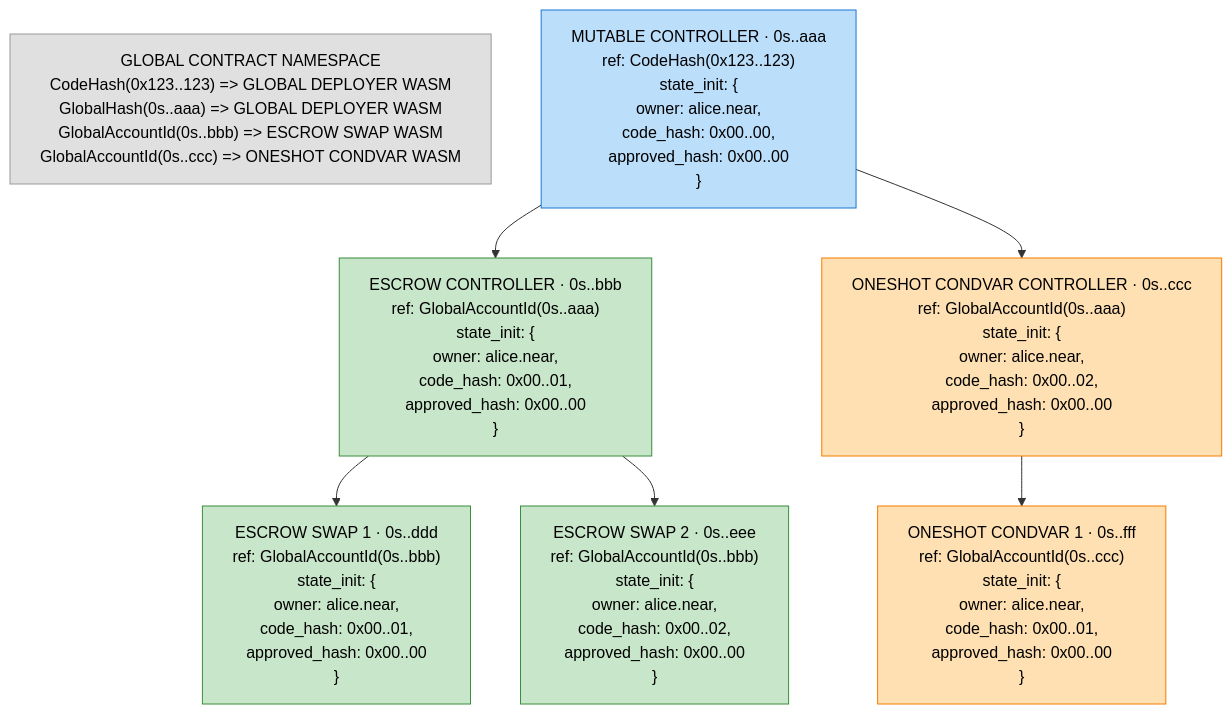
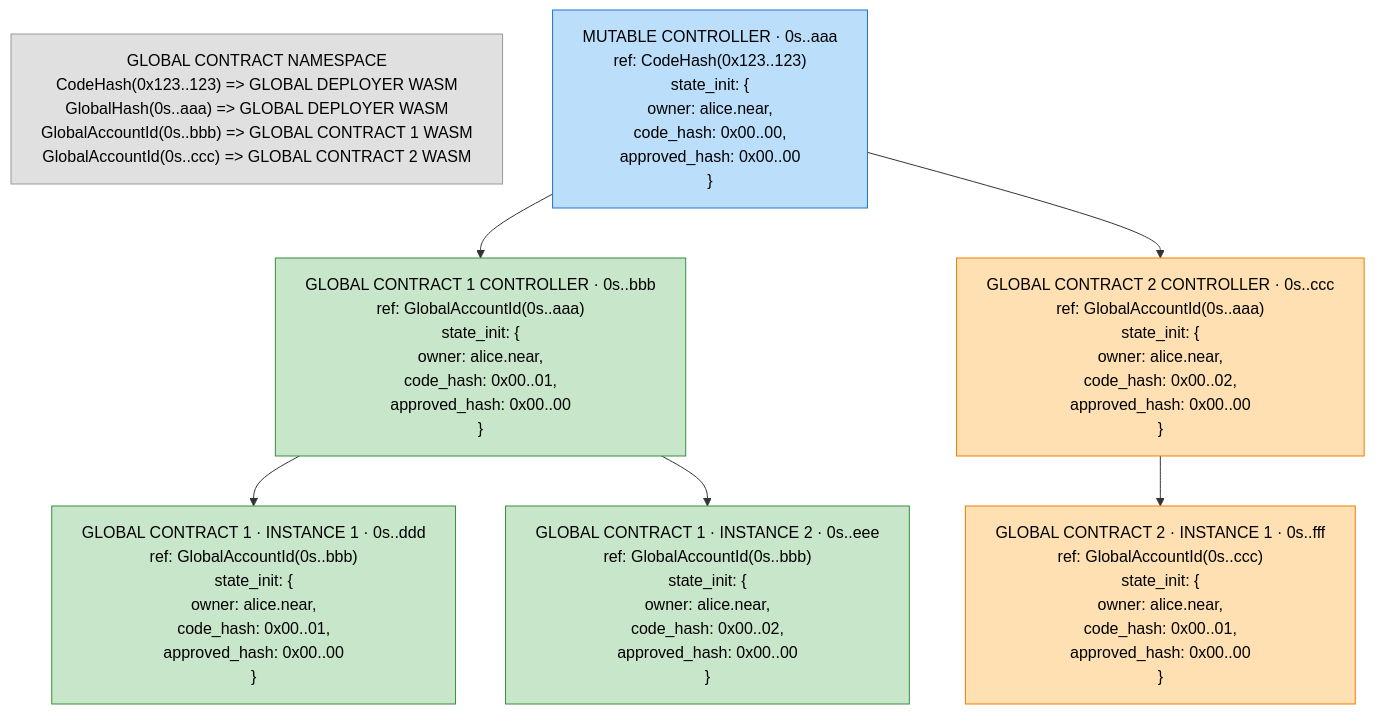
The third of 3 diagrams in global-deployer/README.md (near/intents), drawn with Mermaid before and after one commit. The commit also changed other lines of this file, not shown here.

````diff
--- a/global-deployer/README.md
+++ b/global-deployer/README.md
@@ -135,25 +137,25 @@
 ```mermaid
 %%{init: {"flowchart": {"wrappingWidth": 600}}}%%
 flowchart TD
-    GD["GLOBAL CONTRACT NAMESPACE<br/>CodeHash(0x123..123) => GLOBAL DEPLOYER WASM<br/>GlobalHash(0s..aaa) => GLOBAL DEPLOYER WASM<br/>GlobalAccountId(0s..bbb) => ESCROW SWAP WASM<br/>GlobalAccountId(0s..ccc) => ONESHOT CONDVAR WASM"]
+    GD["GLOBAL CONTRACT NAMESPACE<br/>CodeHash(0x123..123) => GLOBAL DEPLOYER WASM<br/>GlobalHash(0s..aaa) => GLOBAL DEPLOYER WASM<br/>GlobalAccountId(0s..bbb) => GLOBAL CONTRACT 1 WASM<br/>GlobalAccountId(0s..ccc) => GLOBAL CONTRACT 2 WASM"]
 
     C["MUTABLE CONTROLLER · 0s..aaa<br/>ref: CodeHash(0x123..123)<br/>state_init: {<br/>  owner: alice.near,<br/>  code_hash: 0x00..00,<br/>  approved_hash: 0x00..00<br/>}"]
 
-    C --> EC["ESCROW CONTROLLER · 0s..bbb<br/>ref: GlobalAccountId(0s..aaa)<br/>state_init: {<br/>  owner: alice.near,<br/>  code_hash: 0x00..01,<br/>  approved_hash: 0x00..00<br/>}"]
+    C --> GC1C["GLOBAL CONTRACT 1 CONTROLLER · 0s..bbb<br/>ref: GlobalAccountId(0s..aaa)<br/>state_init: {<br/>  owner: alice.near,<br/>  code_hash: 0x00..01,<br/>  approved_hash: 0x00..00<br/>}"]
 
-    C --> MTC["ONESHOT CONDVAR CONTROLLER · 0s..ccc<br/>ref: GlobalAccountId(0s..aaa)<br/>state_init: {<br/>  owner: alice.near,<br/>  code_hash: 0x00..02,<br/>  approved_hash: 0x00..00<br/>}"]
+    C --> GC2C["GLOBAL CONTRACT 2 CONTROLLER · 0s..ccc<br/>ref: GlobalAccountId(0s..aaa)<br/>state_init: {<br/>  owner: alice.near,<br/>  code_hash: 0x00..02,<br/>  approved_hash: 0x00..00<br/>}"]
 
-    EC --> ES1["ESCROW SWAP 1 · 0s..ddd<br/>ref: GlobalAccountId(0s..bbb)<br/>state_init: {<br/>  owner: alice.near,<br/>  code_hash: 0x00..01,<br/>  approved_hash: 0x00..00<br/>}"]
+    GC1C --> GC1I1["GLOBAL CONTRACT 1 · INSTANCE 1 · 0s..ddd<br/>ref: GlobalAccountId(0s..bbb)<br/>state_init: {<br/>  owner: alice.near,<br/>  code_hash: 0x00..01,<br/>  approved_hash: 0x00..00<br/>}"]
 
-    EC --> ES2["ESCROW SWAP 2 · 0s..eee<br/>ref: GlobalAccountId(0s..bbb)<br/>state_init: {<br/>  owner: alice.near,<br/>  code_hash: 0x00..02,<br/>  approved_hash: 0x00..00<br/>}"]
+    GC1C --> GC1I2["GLOBAL CONTRACT 1 · INSTANCE 2 · 0s..eee<br/>ref: GlobalAccountId(0s..bbb)<br/>state_init: {<br/>  owner: alice.near,<br/>  code_hash: 0x00..02,<br/>  approved_hash: 0x00..00<br/>}"]
 
-    MTC --> MT1["ONESHOT CONDVAR 1 · 0s..fff<br/>ref: GlobalAccountId(0s..ccc)<br/>state_init: {<br/>  owner: alice.near,<br/>  code_hash: 0x00..01,<br/>  approved_hash: 0x00..00<br/>}"]
+    GC2C --> GC2I1["GLOBAL CONTRACT 2 · INSTANCE 1 · 0s..fff<br/>ref: GlobalAccountId(0s..ccc)<br/>state_init: {<br/>  owner: alice.near,<br/>  code_hash: 0x00..01,<br/>  approved_hash: 0x00..00<br/>}"]
 
     style GD fill:#e0e0e0,stroke:#999,color:#000
     style C fill:#bbdefb,stroke:#1976d2,color:#000
-    style EC fill:#c8e6c9,stroke:#388e3c,color:#000
-    style MTC fill:#ffe0b2,stroke:#f57c00,color:#000
-    style ES1 fill:#c8e6c9,stroke:#388e3c,color:#000
-    style ES2 fill:#c8e6c9,stroke:#388e3c,color:#000
-    style MT1 fill:#ffe0b2,stroke:#f57c00,color:#000
+    style GC1C fill:#c8e6c9,stroke:#388e3c,color:#000
+    style GC2C fill:#ffe0b2,stroke:#f57c00,color:#000
+    style GC1I1 fill:#c8e6c9,stroke:#388e3c,color:#000
+    style GC1I2 fill:#c8e6c9,stroke:#388e3c,color:#000
+    style GC2I1 fill:#ffe0b2,stroke:#f57c00,color:#000
 ```
````
